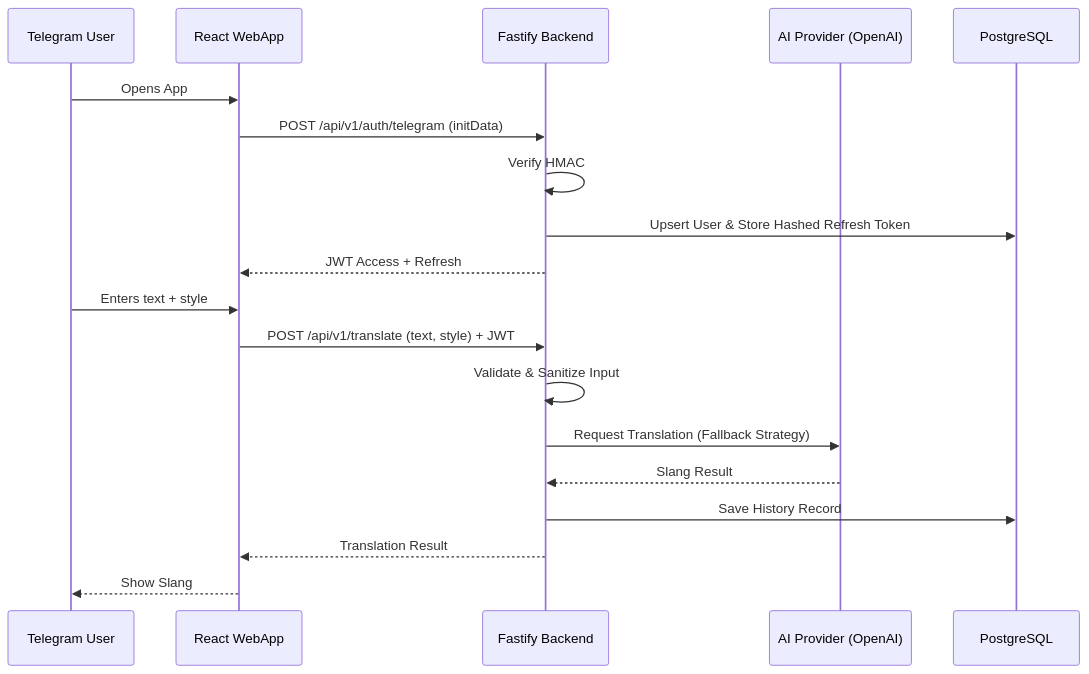
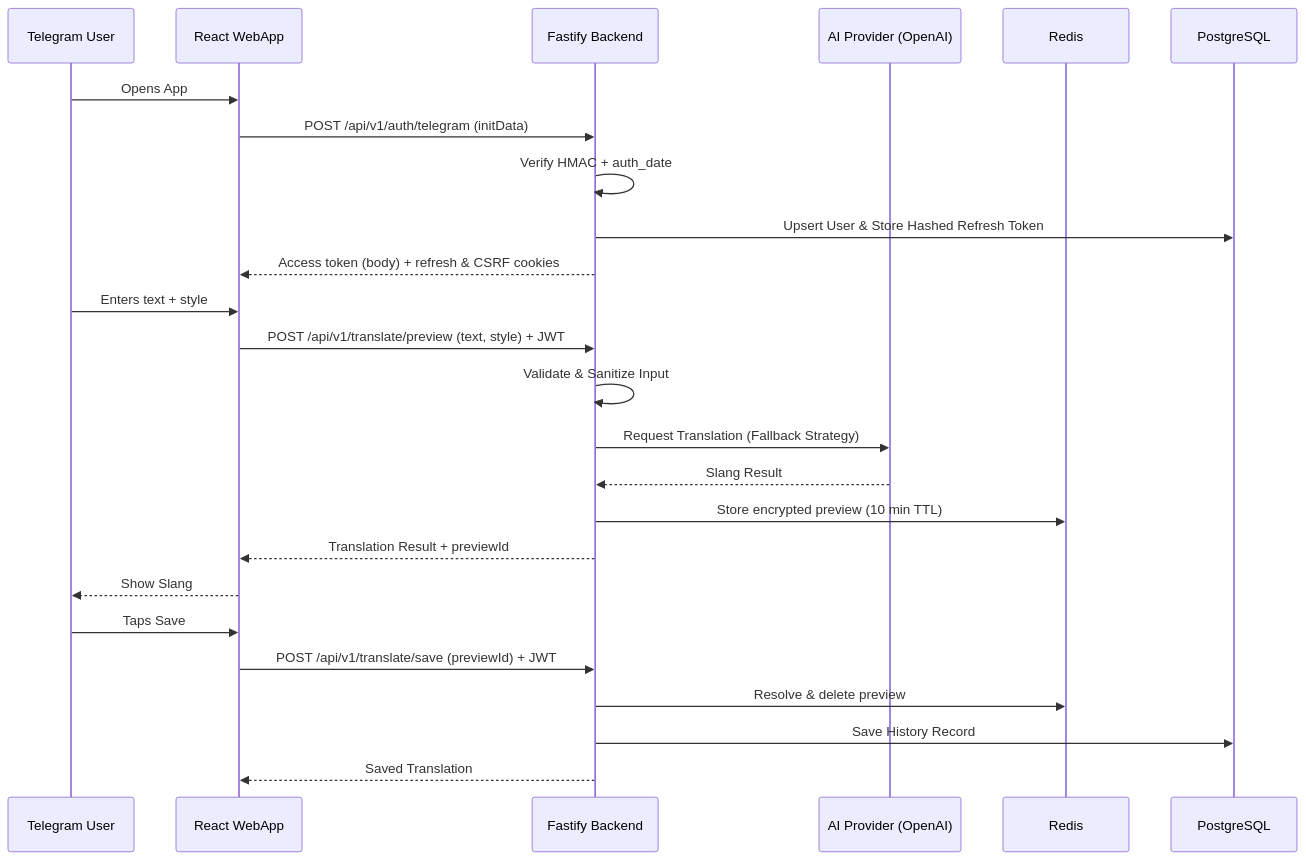
One commit to AlexToster/SlangUA changed the diagram in plans/docs/01-backend.md. Above: the diagram before and after it, drawn with Mermaid. The commit also changed other lines of this file and 43 other files, not shown here.

````diff
--- a/plans/docs/01-backend.md
+++ b/plans/docs/01-backend.md
@@ -90,22 +96,28 @@
 ```mermaid
 sequenceDiagram
     participant User as Telegram User
     participant App as React WebApp
     participant API as Fastify Backend
     participant AI as AI Provider (OpenAI)
+    participant Cache as Redis
     participant DB as PostgreSQL
 
     User->>App: Opens App
     App->>API: POST /api/v1/auth/telegram (initData)
-    API->>API: Verify HMAC
+    API->>API: Verify HMAC + auth_date
     API->>DB: Upsert User & Store Hashed Refresh Token
-    API-->>App: JWT Access + Refresh
+    API-->>App: Access token (body) + refresh & CSRF cookies
     User->>App: Enters text + style
-    App->>API: POST /api/v1/translate (text, style) + JWT
+    App->>API: POST /api/v1/translate/preview (text, style) + JWT
     API->>API: Validate & Sanitize Input
     API->>AI: Request Translation (Fallback Strategy)
     AI-->>API: Slang Result
+    API->>Cache: Store encrypted preview (10 min TTL)
+    API-->>App: Translation Result + previewId
+    App-->>User: Show Slang
+    User->>App: Taps Save
+    App->>API: POST /api/v1/translate/save (previewId) + JWT
+    API->>Cache: Resolve & delete preview
     API->>DB: Save History Record
-    API-->>App: Translation Result
-    App-->>User: Show Slang
+    API-->>App: Saved Translation
 ```
````
